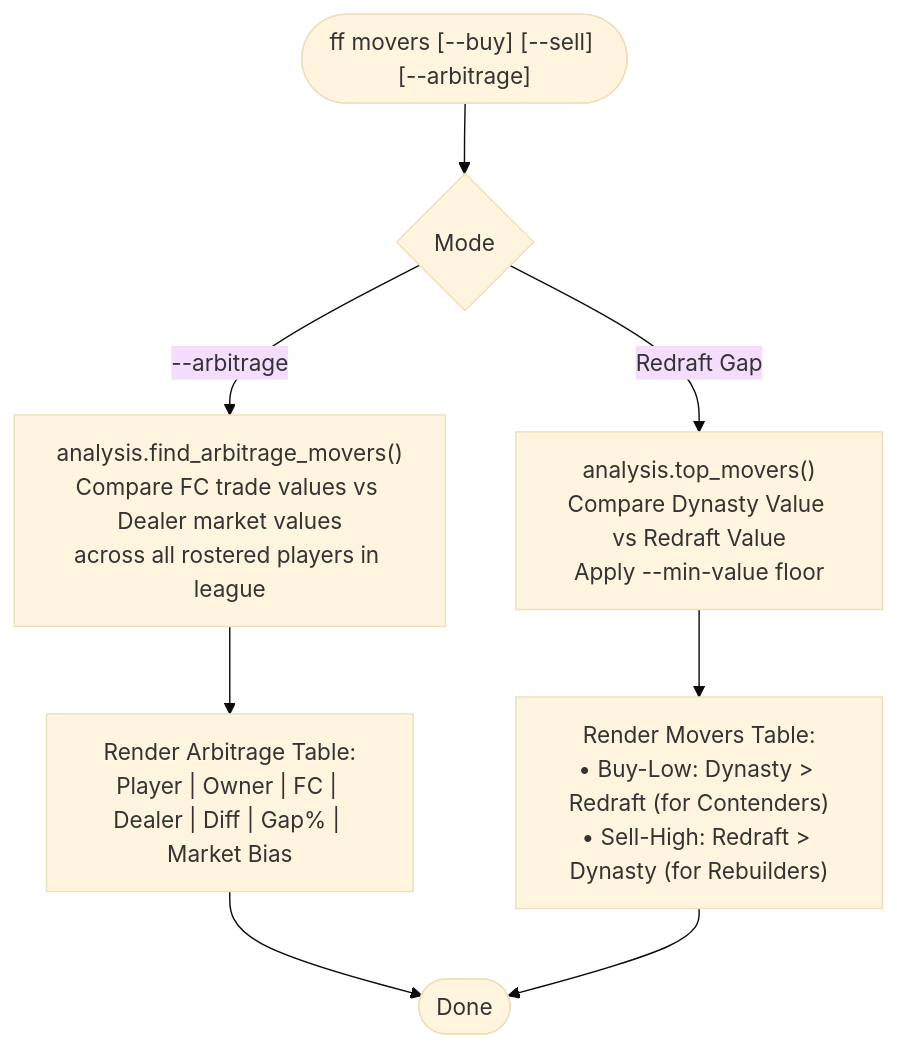
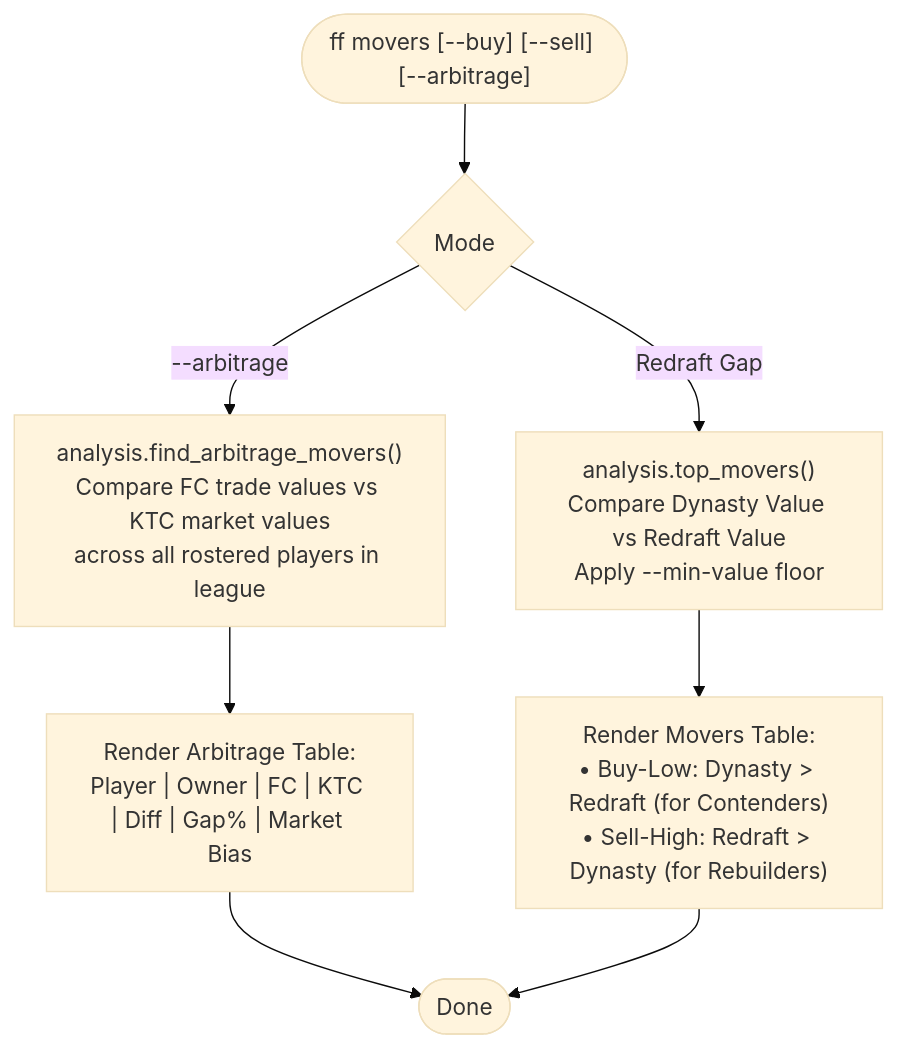
One commit to savvides/ff changed the ninth of 17 diagrams in README.md. Above: the diagram before and after it, drawn with Mermaid (base theme). The commit also changed other lines of this file and 17 other files, not shown here.

First line of the commit message:
feat: integrate KeepTradeCut crowdsourced values for secondary market (#15)

````diff
--- a/README.md
+++ b/README.md
@@ -265,10 +266,10 @@
 ```mermaid
 flowchart TD
     Start(["ff movers [--buy] [--sell] [--arbitrage]"]) --> CheckMode{"Mode"}
-    CheckMode -- "--arbitrage" --> ArbEngine["analysis.find_arbitrage_movers()\nCompare FC trade values vs Dealer market values\nacross all rostered players in league"]
-    ArbEngine --> ArbTable["Render Arbitrage Table:\nPlayer | Owner | FC | Dealer | Diff | Gap% | Market Bias"]
+    CheckMode -- "--arbitrage" --> ArbEngine["analysis.find_arbitrage_movers()\nCompare FC trade values vs KTC market values\nacross all rostered players in league"]
+    ArbEngine --> ArbTable["Render Arbitrage Table:\nPlayer | Owner | FC | KTC | Diff | Gap% | Market Bias"]
     
     CheckMode -- "Redraft Gap" --> GapEngine["analysis.top_movers()\nCompare Dynasty Value vs Redraft Value\nApply --min-value floor"]
     GapEngine --> GapTable["Render Movers Table:\n• Buy-Low: Dynasty > Redraft (for Contenders)\n• Sell-High: Redraft > Dynasty (for Rebuilders)"]
     ArbTable & GapTable --> Done(["Done"])
 ```
````
